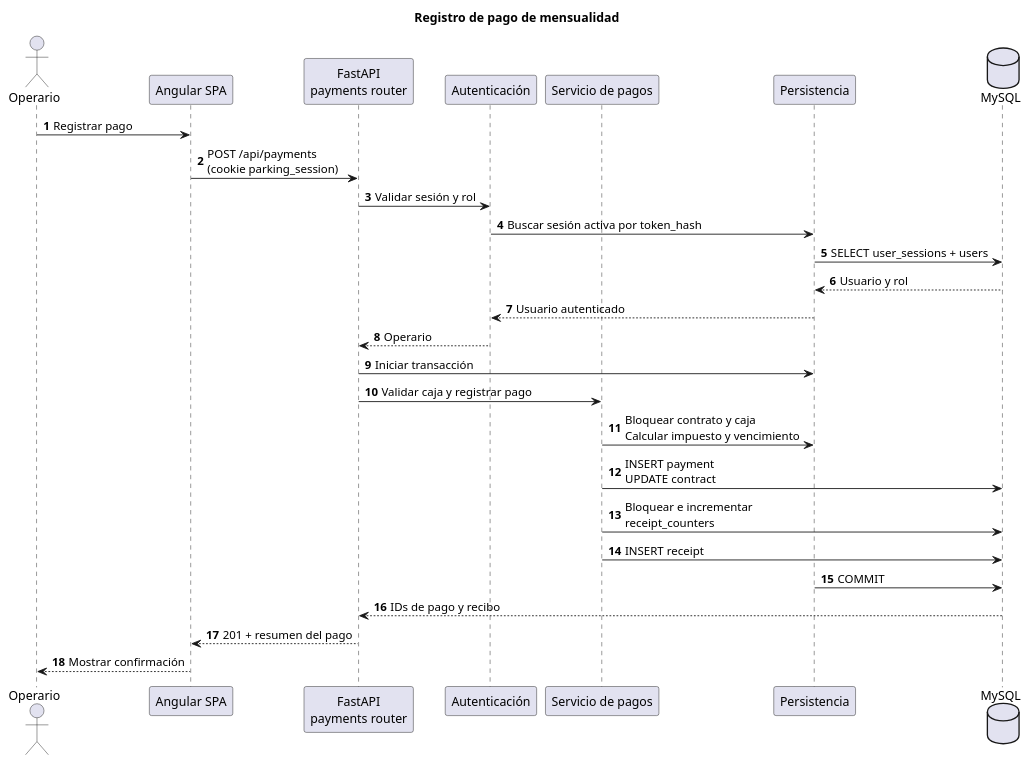
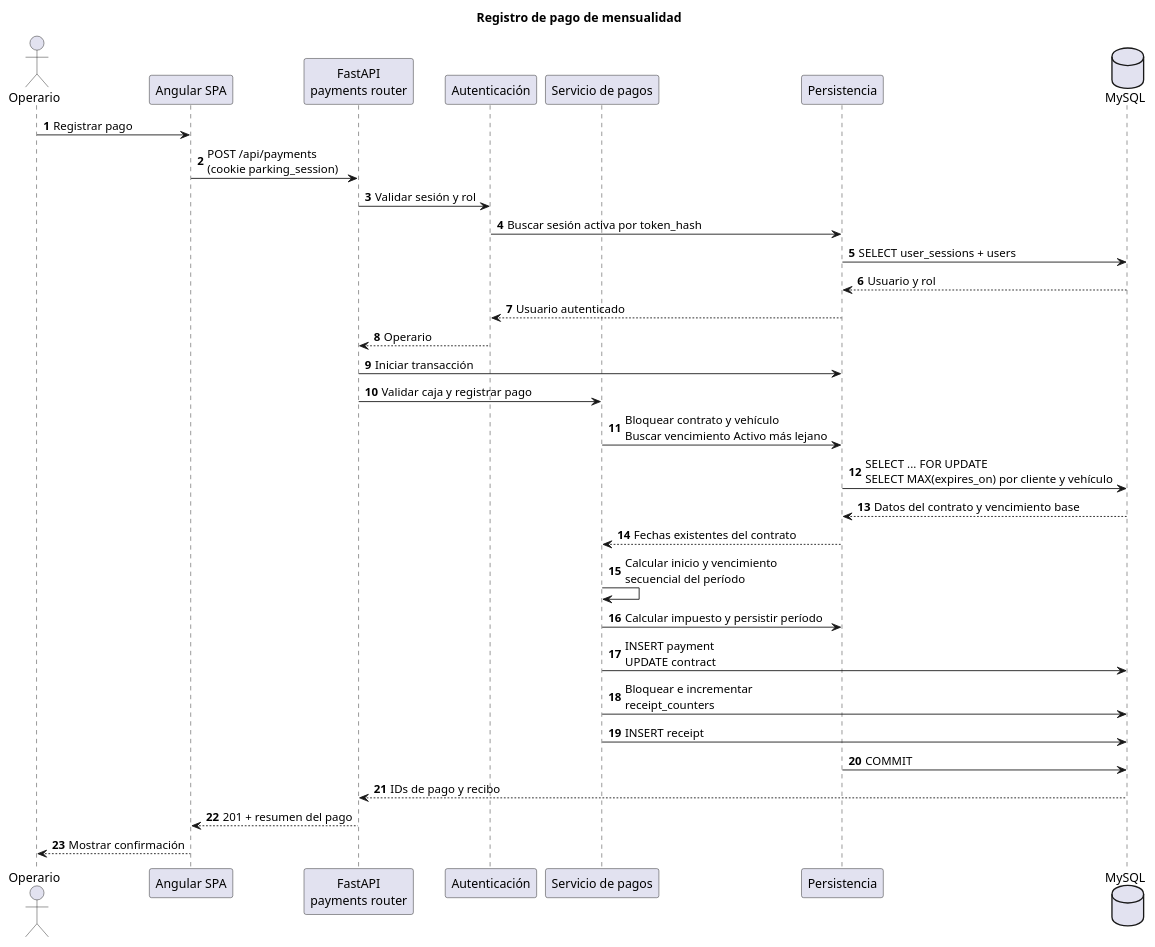
One commit to 1J3G/parqueadero-colombia changed the third of 3 diagrams in docs/arquitectura-sistema.puml. Above: the diagram before and after it, drawn with PlantUML. The commit also changed other lines of this file and 34 other files, not shown here.

Commit message:
feat: sequence contract renewal periods

```diff
--- a/docs/arquitectura-sistema.puml
+++ b/docs/arquitectura-sistema.puml
@@ -218,31 +219,36 @@
 @startuml Flujo de registro de pago
 title Registro de pago de mensualidad
 autonumber
 
 actor Operario
 participant "Angular SPA" as UI
 participant "FastAPI\npayments router" as API
 participant "Autenticación" as Auth
 participant "Servicio de pagos" as Payments
 participant "Persistencia" as DB
 database "MySQL" as MySQL
 
 Operario -> UI : Registrar pago
 UI -> API : POST /api/payments\n(cookie parking_session)
 API -> Auth : Validar sesión y rol
 Auth -> DB : Buscar sesión activa por token_hash
 DB -> MySQL : SELECT user_sessions + users
 MySQL --> DB : Usuario y rol
 DB --> Auth : Usuario autenticado
 Auth --> API : Operario
 API -> DB : Iniciar transacción
 API -> Payments : Validar caja y registrar pago
-Payments -> DB : Bloquear contrato y caja\nCalcular impuesto y vencimiento
+Payments -> DB : Bloquear contrato y vehículo\nBuscar vencimiento Activo más lejano
+DB -> MySQL : SELECT ... FOR UPDATE\nSELECT MAX(expires_on) por cliente y vehículo
+MySQL --> DB : Datos del contrato y vencimiento base
+DB --> Payments : Fechas existentes del contrato
+Payments -> Payments : Calcular inicio y vencimiento\nsecuencial del período
+Payments -> DB : Calcular impuesto y persistir período
 Payments -> MySQL : INSERT payment\nUPDATE contract
 Payments -> MySQL : Bloquear e incrementar\nreceipt_counters
 Payments -> MySQL : INSERT receipt
 DB -> MySQL : COMMIT
 MySQL --> API : IDs de pago y recibo
 API --> UI : 201 + resumen del pago
 UI --> Operario : Mostrar confirmación
 @enduml
```
